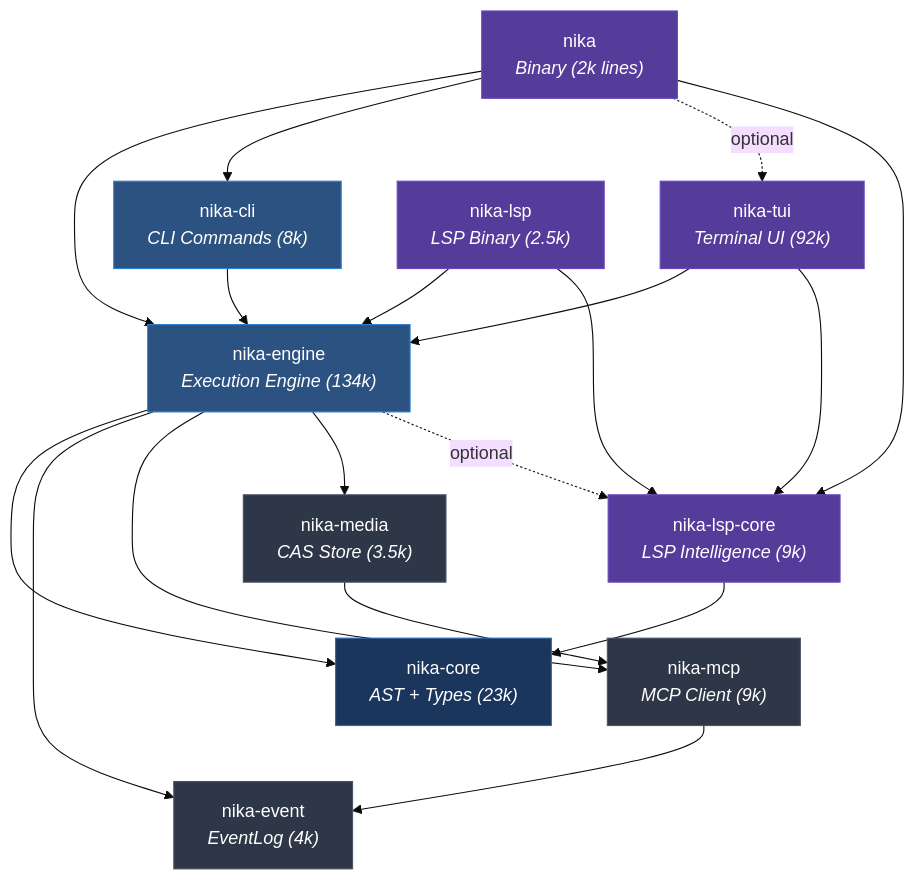
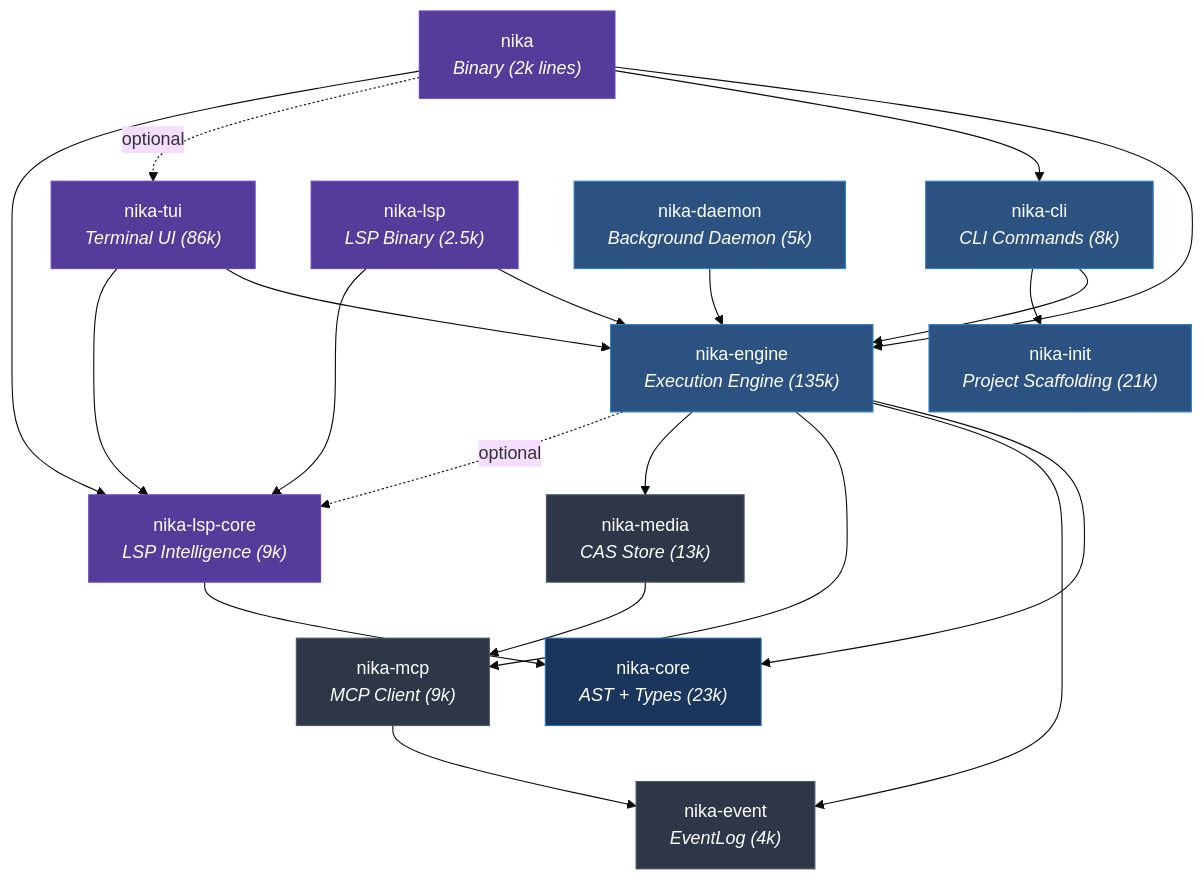
Before and after one commit to supernovae-st/nika: the diagram in docs/content/technical/crate-dependency-graph.md, drawn with Mermaid (base theme). The commit also changed other lines of this file and 10 other files, not shown here.

````diff
--- a/docs/content/technical/crate-dependency-graph.md
+++ b/docs/content/technical/crate-dependency-graph.md
@@ -26,48 +28,53 @@
 ```mermaid
 graph TD
     NIKA["nika<br/><i>Binary (2k lines)</i>"]
-    ENGINE["nika-engine<br/><i>Execution Engine (134k)</i>"]
+    ENGINE["nika-engine<br/><i>Execution Engine (135k)</i>"]
     CORE["nika-core<br/><i>AST + Types (23k)</i>"]
     EVENT["nika-event<br/><i>EventLog (4k)</i>"]
     MCP["nika-mcp<br/><i>MCP Client (9k)</i>"]
-    MEDIA["nika-media<br/><i>CAS Store (3.5k)</i>"]
+    MEDIA["nika-media<br/><i>CAS Store (13k)</i>"]
     CLI["nika-cli<br/><i>CLI Commands (8k)</i>"]
-    TUI["nika-tui<br/><i>Terminal UI (92k)</i>"]
+    TUI["nika-tui<br/><i>Terminal UI (86k)</i>"]
     LSP_CORE["nika-lsp-core<br/><i>LSP Intelligence (9k)</i>"]
     LSP["nika-lsp<br/><i>LSP Binary (2.5k)</i>"]
+    INIT["nika-init<br/><i>Project Scaffolding (21k)</i>"]
+    DAEMON["nika-daemon<br/><i>Background Daemon (5k)</i>"]
 
     NIKA --> ENGINE
     NIKA --> CLI
     NIKA -.->|optional| TUI
     NIKA --> LSP_CORE
 
     ENGINE --> CORE
     ENGINE --> EVENT
     ENGINE --> MCP
     ENGINE --> MEDIA
     ENGINE -.->|optional| LSP_CORE
 
     CLI --> ENGINE
+    CLI --> INIT
 
     TUI --> ENGINE
     TUI --> LSP_CORE
 
     LSP --> ENGINE
     LSP --> LSP_CORE
 
     LSP_CORE --> CORE
 
     MCP --> EVENT
 
     MEDIA --> MCP
 
+    DAEMON --> ENGINE
+
     classDef foundation fill:#1a365d,stroke:#2b6cb0,color:#fff
     classDef infra fill:#2d3748,stroke:#4a5568,color:#fff
     classDef app fill:#2c5282,stroke:#3182ce,color:#fff
     classDef ui fill:#553c9a,stroke:#6b46c1,color:#fff
 
     class CORE foundation
     class EVENT,MCP,MEDIA infra
-    class ENGINE,CLI app
+    class ENGINE,CLI,INIT,DAEMON app
     class NIKA,TUI,LSP,LSP_CORE ui
 ```
````
